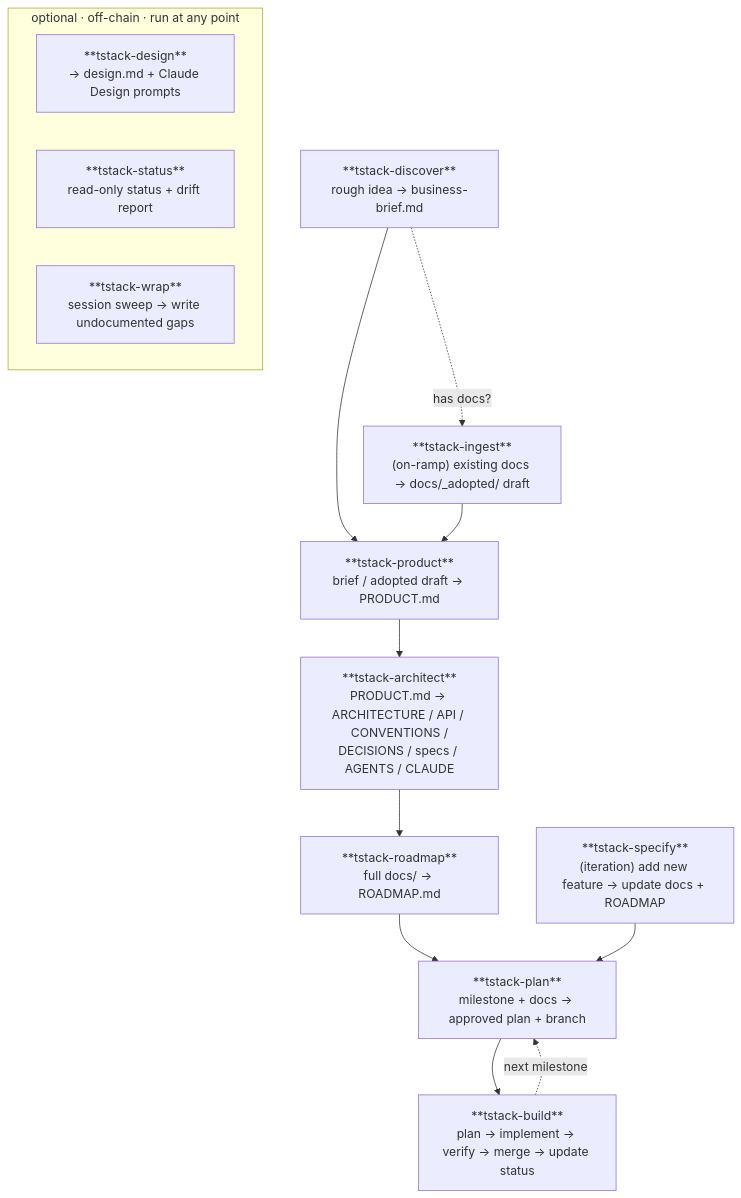
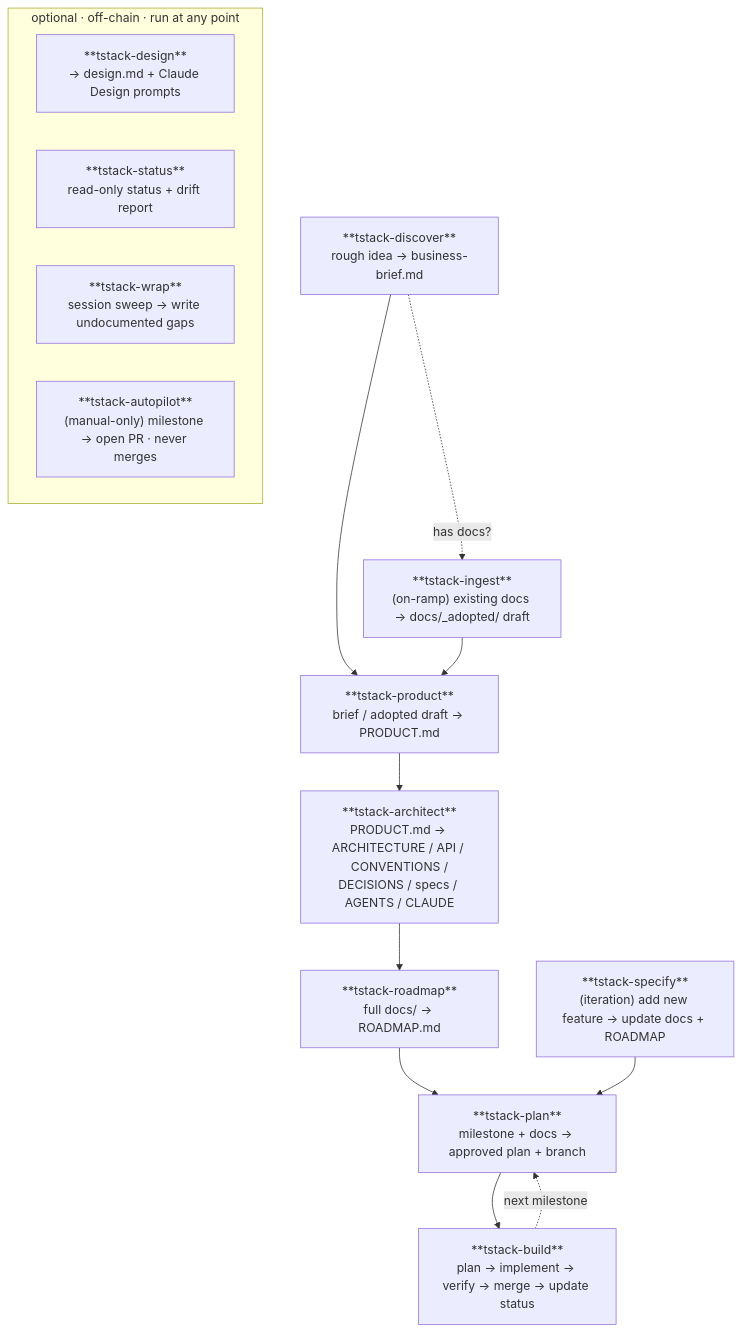
Before and after one commit to tatejennings/tstack: the diagram in README.md, drawn with Mermaid. The commit also changed other lines of this file and 10 other files, not shown here.

First line of the commit message:
Implement `tstack-autopilot` skill for autonomous milestone management

````diff
--- a/README.md
+++ b/README.md
@@ -13,23 +13,24 @@
 ```mermaid
 flowchart TD
   A["**tstack-discover**<br/>rough idea → business-brief.md"]
   I["**tstack-ingest**<br/>(on-ramp) existing docs → docs/_adopted/ draft"]
   B["**tstack-product**<br/>brief / adopted draft → PRODUCT.md"]
   C["**tstack-architect**<br/>PRODUCT.md → ARCHITECTURE / API / CONVENTIONS /<br/>DECISIONS / specs / AGENTS / CLAUDE"]
   D["**tstack-roadmap**<br/>full docs/ → ROADMAP.md"]
   P["**tstack-plan**<br/>milestone + docs → approved plan + branch"]
   E["**tstack-build**<br/>plan → implement → verify → merge → update status"]
   F["**tstack-specify**<br/>(iteration) add new feature → update docs + ROADMAP"]
   A -.has docs?.-> I
   A --> B
   I --> B
   B --> C --> D --> P --> E
   E -.next milestone.-> P
   F --> P
   subgraph offchain ["optional · off-chain · run at any point"]
     direction LR
     G["**tstack-design**<br/>→ design.md + Claude Design prompts"]
     H["**tstack-status**<br/>read-only status + drift report"]
     W["**tstack-wrap**<br/>session sweep → write undocumented gaps"]
+    AP["**tstack-autopilot**<br/>(manual-only) milestone → open PR · never merges"]
   end
 ```
````
